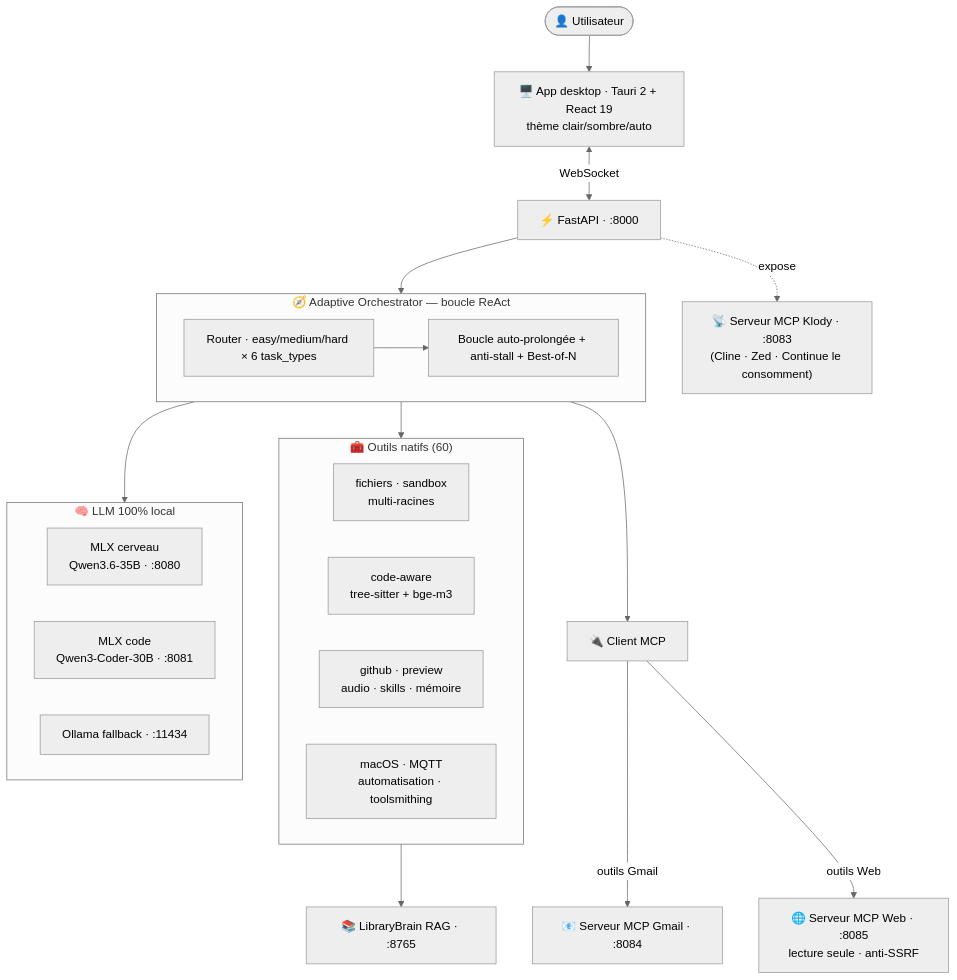
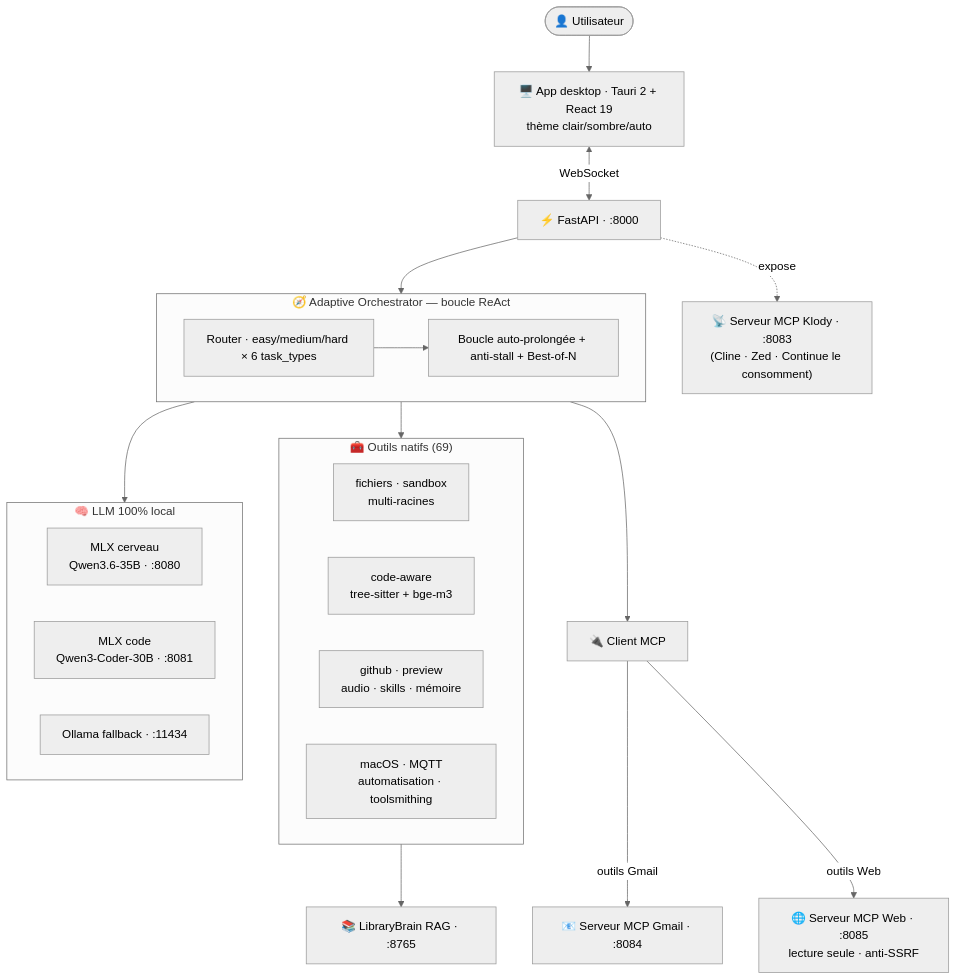
Before and after one commit to klodynlov/klody-code-ai: the diagram in README.md, drawn with Mermaid (neutral theme). The commit also changed other lines of this file and 42 other files, not shown here.

First line of the commit message:
feat(capacités): expansion — task_types, langages, Ops (SQL/Docker/k8s/Git) & génération (UML/API/SDK/NoSQL) (#96)

````diff
--- a/README.md
+++ b/README.md
@@ -52,37 +53,37 @@
 ```mermaid
 flowchart TD
     U([👤 Utilisateur]) --> UI["🖥️ App desktop · Tauri 2 + React 19<br/>thème clair/sombre/auto"]
     UI <-->|WebSocket| API["⚡ FastAPI · :8000"]
     API --> ORCH
 
     subgraph ORCH["🧭 Adaptive Orchestrator — boucle ReAct"]
         R["Router · easy/medium/hard × 6 task_types"]
         L["Boucle auto-prolongée + anti-stall + Best-of-N"]
         R --> L
     end
 
     ORCH --> TOOLS
     ORCH --> MCPC["🔌 Client MCP"]
     ORCH --> LLM
 
-    subgraph TOOLS["🧰 Outils natifs (60)"]
+    subgraph TOOLS["🧰 Outils natifs (69)"]
         direction LR
         T1["fichiers · sandbox<br/>multi-racines"]
         T2["code-aware<br/>tree-sitter + bge-m3"]
         T3["github · preview<br/>audio · skills · mémoire"]
         T4["macOS · MQTT<br/>automatisation · toolsmithing"]
     end
 
     MCPC -->|outils Gmail| GM["📧 Serveur MCP Gmail · :8084"]
     MCPC -->|outils Web| WB["🌐 Serveur MCP Web · :8085<br/>lecture seule · anti-SSRF"]
 
     subgraph LLM["🧠 LLM 100% local"]
         direction LR
         B["MLX cerveau<br/>Qwen3.6-35B · :8080"]
         C["MLX code<br/>Qwen3-Coder-30B · :8081"]
         O["Ollama fallback · :11434"]
     end
 
     TOOLS --> RAG["📚 LibraryBrain RAG · :8765"]
     API -.expose.-> MCPS["📡 Serveur MCP Klody · :8083<br/>(Cline · Zed · Continue le consomment)"]
 ```
````
